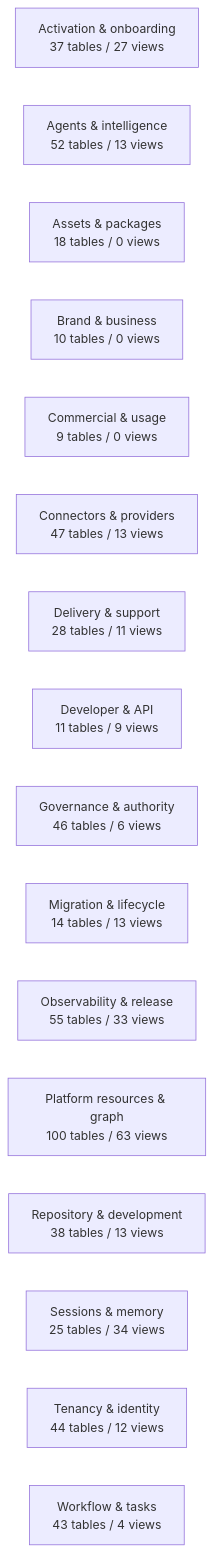
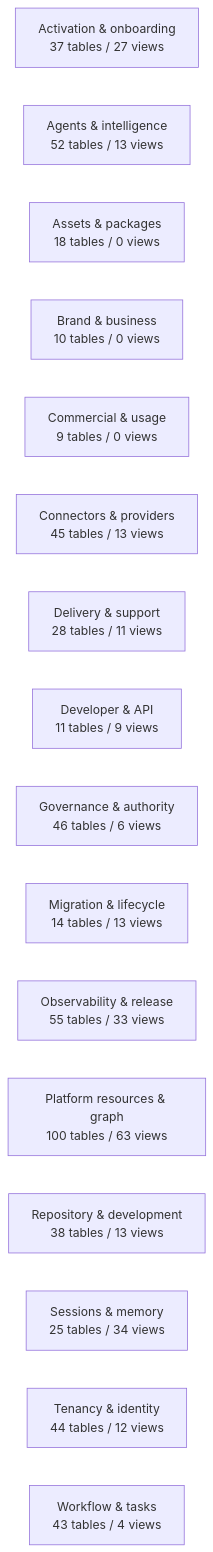
Before and after one commit to mad4bdigital-ai/multi-business-multi-role-growth-intelligence-os: the diagram in docs/work-maps/data-model-domain-map.md, drawn with Mermaid. The commit also changed other lines of this file and 4 other files, not shown here.

````diff
--- a/docs/work-maps/data-model-domain-map.md
+++ b/docs/work-maps/data-model-domain-map.md
@@ -9,19 +9,19 @@
 ```mermaid
 flowchart LR
   n_Activation___onboarding["Activation & onboarding<br/>37 tables / 27 views"]
   n_Agents___intelligence["Agents & intelligence<br/>52 tables / 13 views"]
   n_Assets___packages["Assets & packages<br/>18 tables / 0 views"]
   n_Brand___business["Brand & business<br/>10 tables / 0 views"]
   n_Commercial___usage["Commercial & usage<br/>9 tables / 0 views"]
-  n_Connectors___providers["Connectors & providers<br/>47 tables / 13 views"]
+  n_Connectors___providers["Connectors & providers<br/>45 tables / 13 views"]
   n_Delivery___support["Delivery & support<br/>28 tables / 11 views"]
   n_Developer___API["Developer & API<br/>11 tables / 9 views"]
   n_Governance___authority["Governance & authority<br/>46 tables / 6 views"]
   n_Migration___lifecycle["Migration & lifecycle<br/>14 tables / 13 views"]
   n_Observability___release["Observability & release<br/>55 tables / 33 views"]
   n_Platform_resources___graph["Platform resources & graph<br/>100 tables / 63 views"]
   n_Repository___development["Repository & development<br/>38 tables / 13 views"]
   n_Sessions___memory["Sessions & memory<br/>25 tables / 34 views"]
   n_Tenancy___identity["Tenancy & identity<br/>44 tables / 12 views"]
   n_Workflow___tasks["Workflow & tasks<br/>43 tables / 4 views"]
 ```
````
